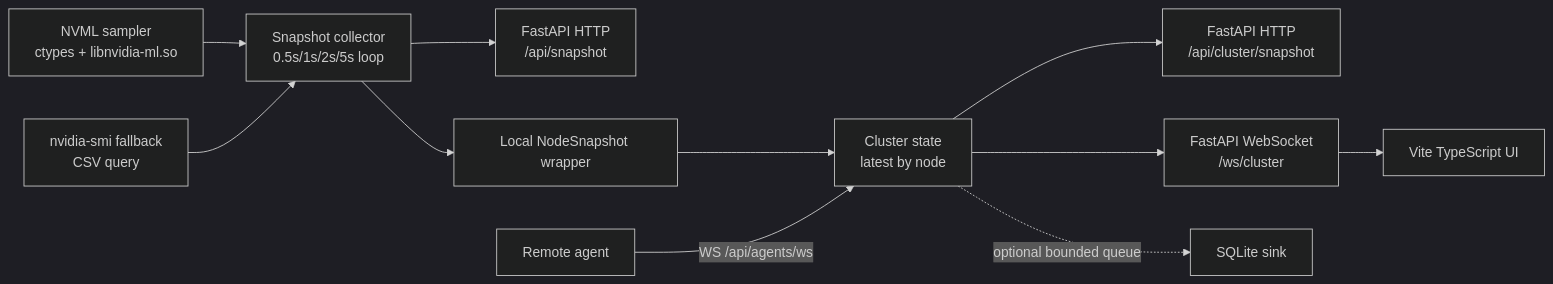
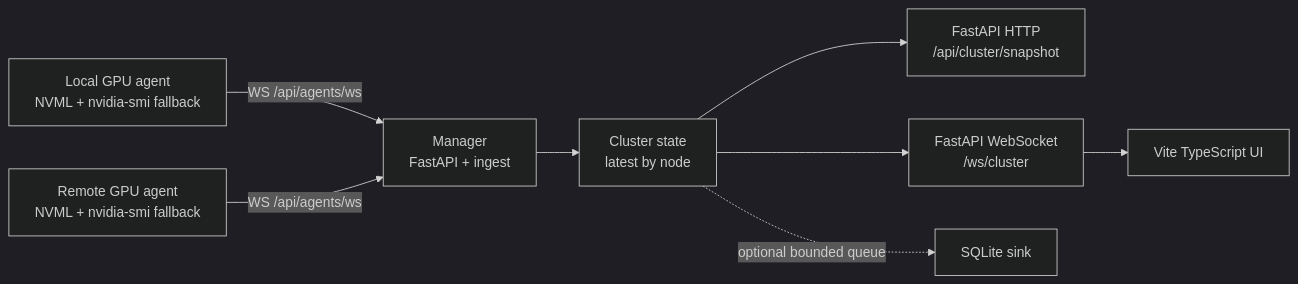
Before and after one commit to kuma-loong/gputop-online: the diagram in docs/DESIGN.md, drawn with Mermaid (dark theme). The commit also changed other lines of this file and 6 other files, not shown here.

````diff
--- a/docs/DESIGN.md
+++ b/docs/DESIGN.md
@@ -9,13 +9,10 @@
 ```mermaid
 flowchart LR
-  A["NVML sampler<br/>ctypes + libnvidia-ml.so"] --> C["Snapshot collector<br/>0.5s/1s/2s/5s loop"]
-  B["nvidia-smi fallback<br/>CSV query"] --> C
-  C --> D["FastAPI HTTP<br/>/api/snapshot"]
-  C --> E["Local NodeSnapshot wrapper"]
-  E --> M["Cluster state<br/>latest by node"]
-  A2["Remote agent"] -->|"WS /api/agents/ws"| M
-  M --> G["FastAPI HTTP<br/>/api/cluster/snapshot"]
-  M --> H["FastAPI WebSocket<br/>/ws/cluster"]
+  L["Local GPU agent<br/>NVML + nvidia-smi fallback"] -->|"WS /api/agents/ws"| M["Manager<br/>FastAPI + ingest"]
+  R["Remote GPU agent<br/>NVML + nvidia-smi fallback"] -->|"WS /api/agents/ws"| M
+  M --> S["Cluster state<br/>latest by node"]
+  S --> G["FastAPI HTTP<br/>/api/cluster/snapshot"]
+  S --> H["FastAPI WebSocket<br/>/ws/cluster"]
   H --> F["Vite TypeScript UI"]
-  M -.optional bounded queue.-> DB["SQLite sink"]
+  S -.optional bounded queue.-> DB["SQLite sink"]
 ```
````
